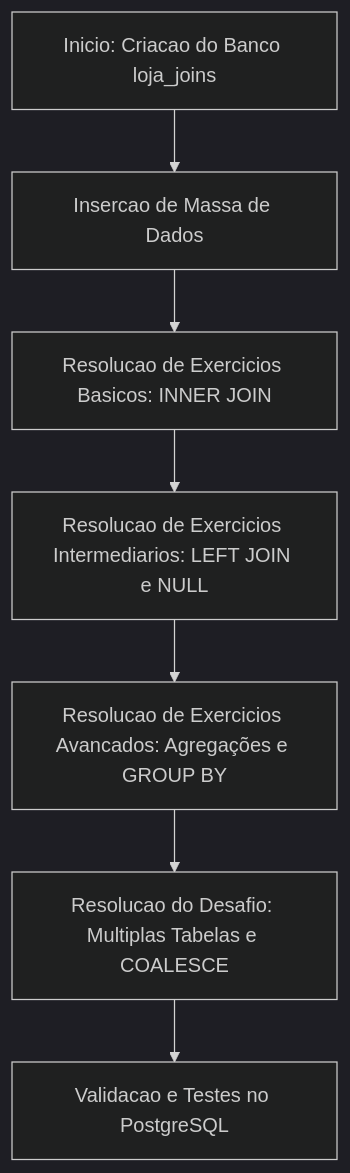
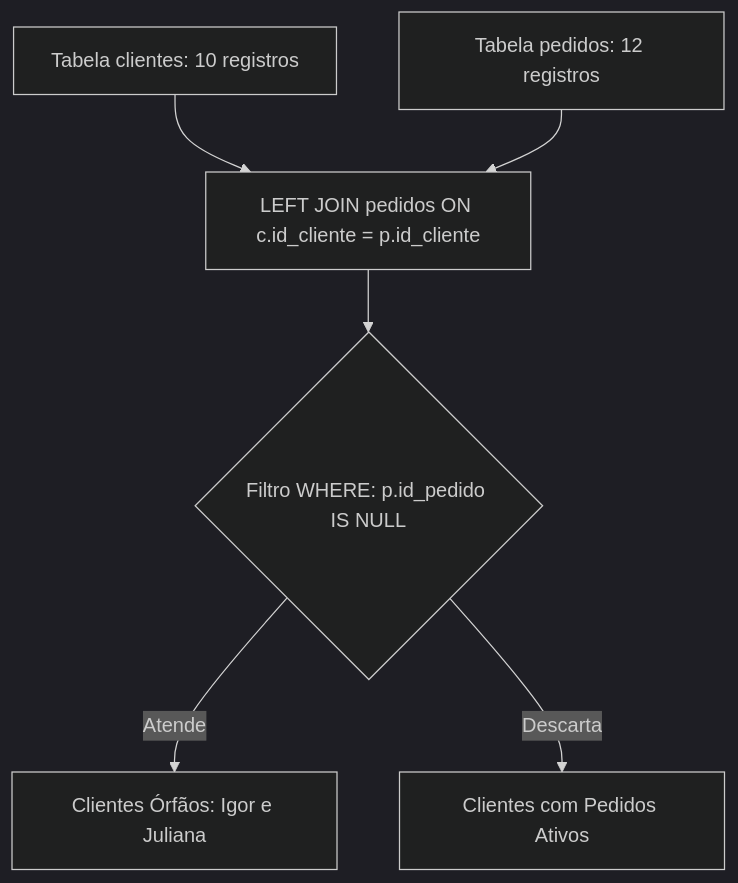
One commit to murilolol/unifef changed the fifth of 10 diagrams in 4º Semestre/[Prof. Welington Garcia] Tópicos Avançados em Banco de Dados/Trabalhos/Exercicios Joins/detalhes.md. Above: the diagram before and after it, drawn with Mermaid (dark theme). The commit also changed other lines of this file and 429 other files, not shown here.

````diff
--- a/4º Semestre/[Prof. Welington Garcia] Tópicos Avançados em Banco de Dados/Trabalhos/Exercicios Joins/detalhes.md
+++ b/4º Semestre/[Prof. Welington Garcia] Tópicos Avançados em Banco de Dados/Trabalhos/Exercicios Joins/detalhes.md
@@ -283,9 +503,8 @@
 ```mermaid
 flowchart TD
-    A[Inicio: Criacao do Banco loja_joins] --> B[Insercao de Massa de Dados]
-    B --> C[Resolucao de Exercicios Basicos: INNER JOIN]
-    C --> D[Resolucao de Exercicios Intermediarios: LEFT JOIN e NULL]
-    D --> E[Resolucao de Exercicios Avancados: Agregações e GROUP BY]
-    E --> F[Resolucao do Desafio: Multiplas Tabelas e COALESCE]
-    F --> G[Validacao e Testes no PostgreSQL]
+    C[Tabela clientes: 10 registros] --> LJ[LEFT JOIN pedidos ON c.id_cliente = p.id_cliente]
+    P[Tabela pedidos: 12 registros] --> LJ
+    LJ --> Filter{Filtro WHERE: p.id_pedido IS NULL}
+    Filter -- Atende --> Out[Clientes Órfãos: Igor e Juliana]
+    Filter -- Descarta --> Ignore[Clientes com Pedidos Ativos]
 ```
````
